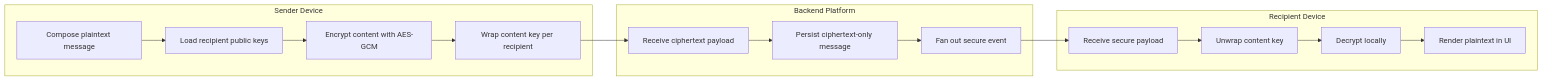
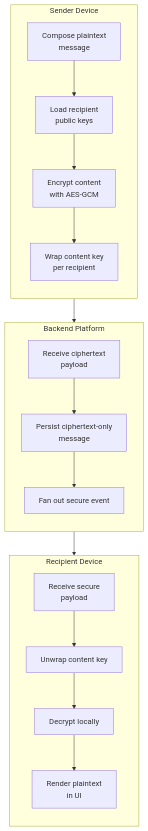
The fourth of 11 diagrams in README.md (009-KumarJi/NoviConnect), drawn with Mermaid before and after one commit. The commit also changed other lines of this file, not shown here.

Commit message:
feat: enhance README with updated flowcharts for authentication, OTP signup, secure messaging, and attachment processes

````diff
--- a/README.md
+++ b/README.md
@@ -350,28 +358,31 @@
 ```mermaid
-flowchart LR
+flowchart TB
     subgraph Sender[Sender Device]
-        A[Compose plaintext message]
-        B[Load recipient public keys]
-        C[Encrypt content with AES-GCM]
-        D[Wrap content key per recipient]
+        direction TB
+        A[Compose plaintext<br/>message]
+        B[Load recipient<br/>public keys]
+        C[Encrypt content<br/>with AES-GCM]
+        D[Wrap content key<br/>per recipient]
         A --> B --> C --> D
     end
 
     subgraph Platform[Backend Platform]
-        E[Receive ciphertext payload]
-        F[Persist ciphertext-only message]
+        direction TB
+        E[Receive ciphertext<br/>payload]
+        F[Persist ciphertext-only<br/>message]
         G[Fan out secure event]
         E --> F --> G
     end
 
     subgraph Recipient[Recipient Device]
-        H[Receive secure payload]
+        direction TB
+        H[Receive secure<br/>payload]
         I[Unwrap content key]
         J[Decrypt locally]
-        K[Render plaintext in UI]
+        K[Render plaintext<br/>in UI]
         H --> I --> J --> K
     end
 
     D --> E
     G --> H
 ```
````
